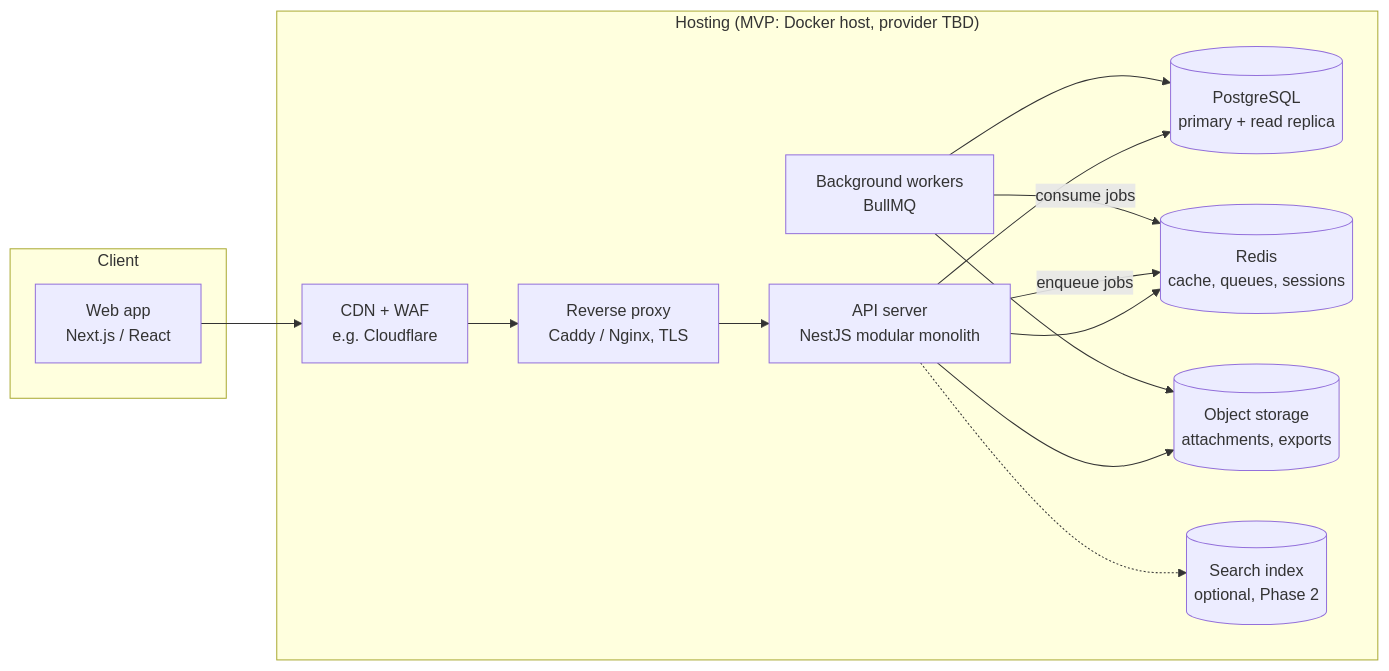
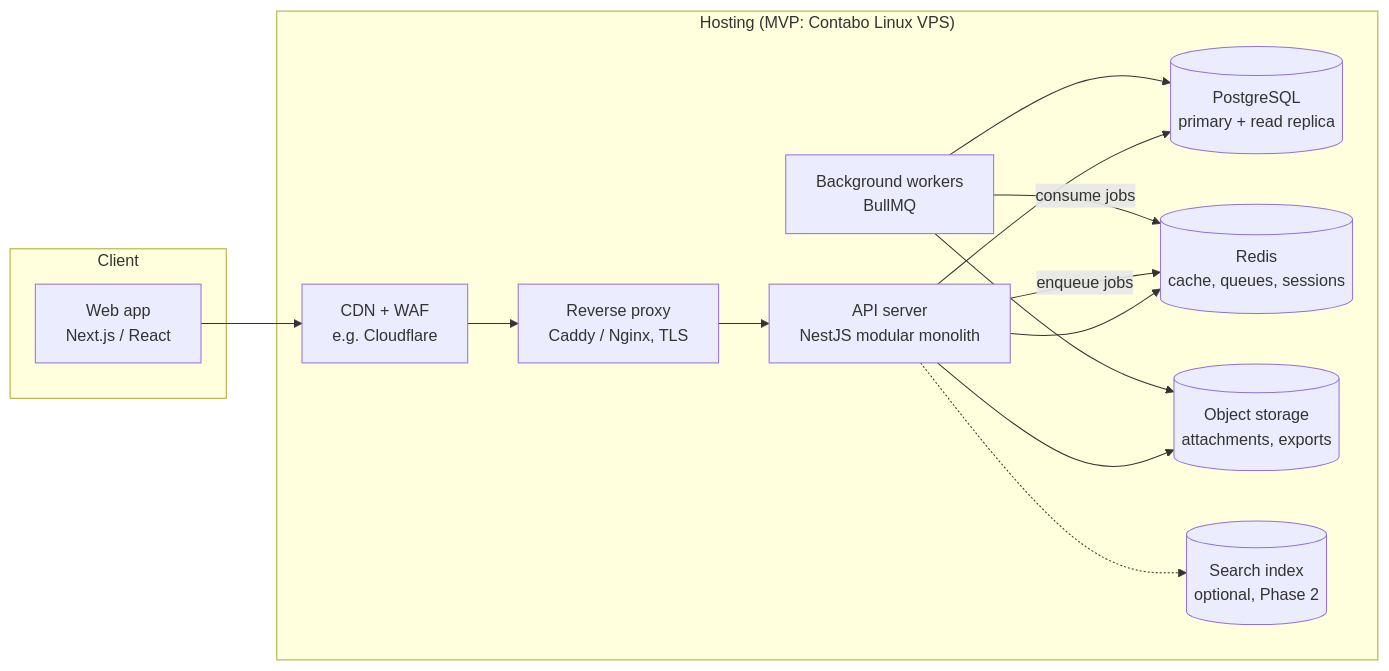
The second of 4 diagrams in docs/architecture/01-system-architecture.md (tufanrai/ERP-Enterprise-Resource-Planning-), drawn with Mermaid before and after one commit. The commit also changed other lines of this file and 4 other files, not shown here.

First line of the commit message:
docs: set Contabo Linux VPS as MVP hosting

````diff
--- a/docs/architecture/01-system-architecture.md
+++ b/docs/architecture/01-system-architecture.md
@@ -41,27 +41,27 @@
 ```mermaid
 flowchart LR
   subgraph Client
     web[Web app<br/>Next.js / React]
   end
 
-  subgraph Host["Hosting (MVP: Docker host, provider TBD)"]
+  subgraph Host["Hosting (MVP: Contabo Linux VPS)"]
     cdn[CDN + WAF<br/>e.g. Cloudflare]
     lb[Reverse proxy<br/>Caddy / Nginx, TLS]
     api[API server<br/>NestJS modular monolith]
     worker[Background workers<br/>BullMQ]
     pg[(PostgreSQL<br/>primary + read replica)]
     redis[(Redis<br/>cache, queues, sessions)]
     s3[(Object storage<br/>attachments, exports)]
     search[(Search index<br/>optional, Phase 2)]
   end
 
   web --> cdn --> lb --> api
   api --> pg
   api --> redis
   api --> s3
   api -- enqueue jobs --> redis
   worker -- consume jobs --> redis
   worker --> pg
   worker --> s3
   api -.-> search
 ```
````
